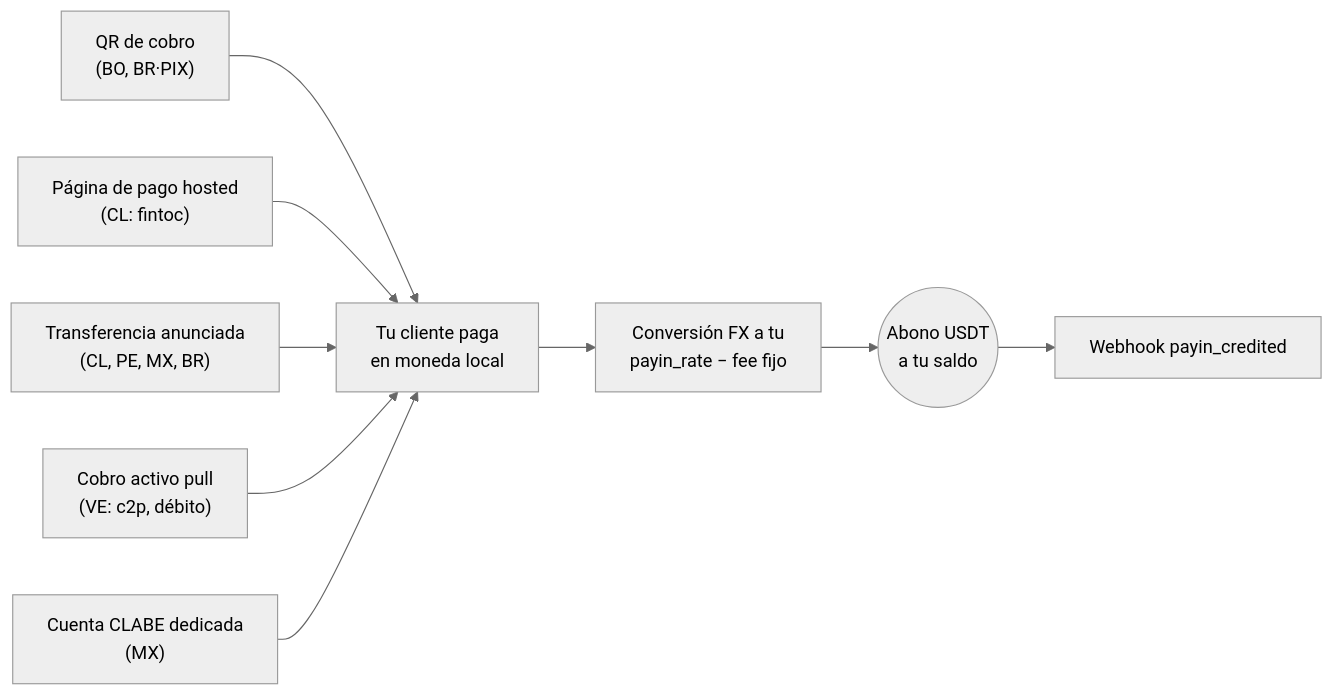
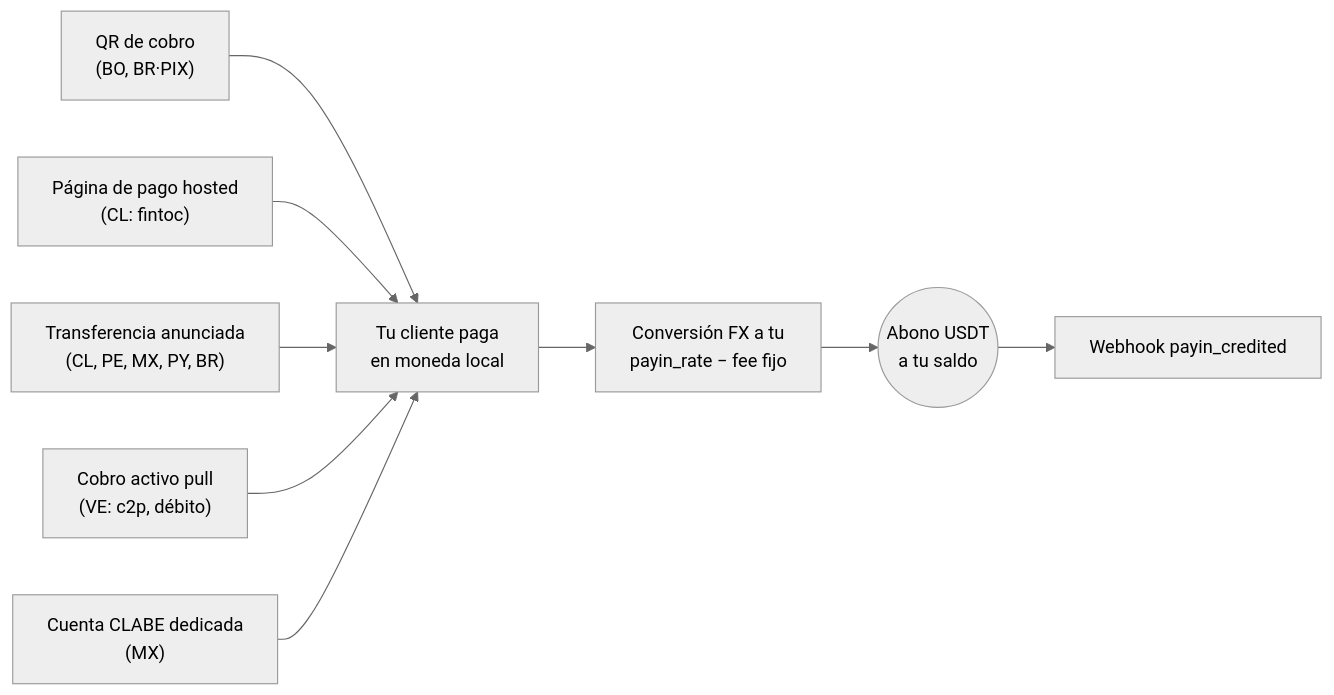
Before and after one commit to SaturoS17/docs: diagram 16 of 24 in CBPAY_DOCUMENTACION.md, drawn with Mermaid (neutral theme). The commit also changed other lines of this file and 9 other files, not shown here.

Commit message:
docs: payins Paraguay por transferencia anunciada (v1.27)

````diff
--- a/CBPAY_DOCUMENTACION.md
+++ b/CBPAY_DOCUMENTACION.md
@@ -2430,11 +2430,11 @@
 ```mermaid
 flowchart LR
     qr["QR de cobro<br/>(BO, BR·PIX)"] --> pago["Tu cliente paga<br/>en moneda local"]
     hosted["Página de pago hosted<br/>(CL: fintoc)"] --> pago
-    anunciada["Transferencia anunciada<br/>(CL, PE, MX, BR)"] --> pago
+    anunciada["Transferencia anunciada<br/>(CL, PE, MX, PY, BR)"] --> pago
     pull["Cobro activo pull<br/>(VE: c2p, débito)"] --> pago
     clabe["Cuenta CLABE dedicada<br/>(MX)"] --> pago
     pago --> conv["Conversión FX a tu<br/>payin_rate − fee fijo"]
     conv --> credito(("Abono USDT<br/>a tu saldo"))
     credito --> wh["Webhook payin_credited"]
 ```
````
